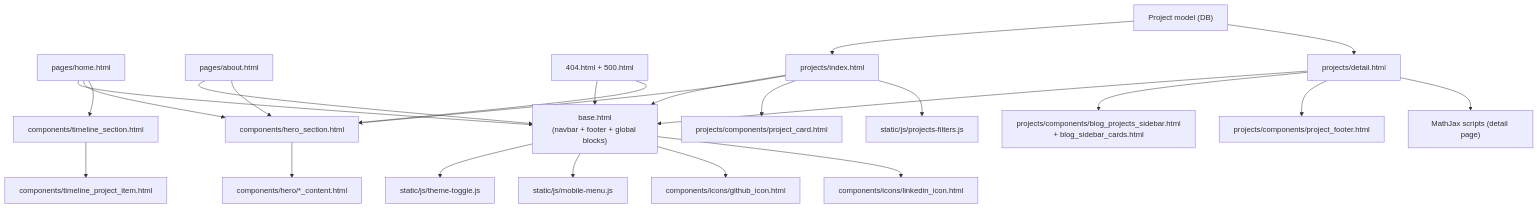
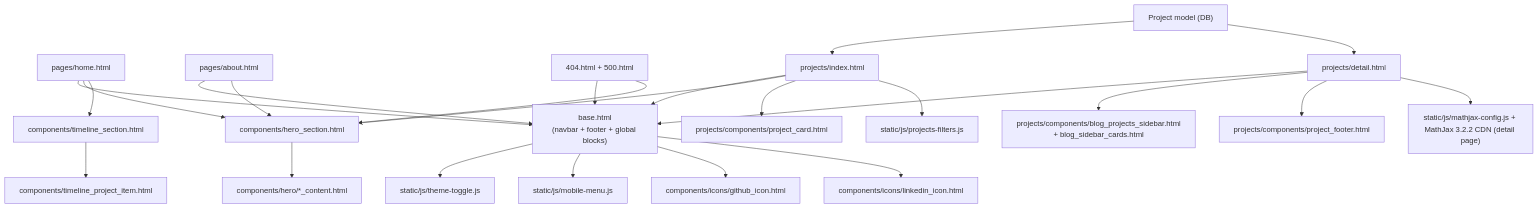
The diagram in docs/frontend.md (stokuj/my-django-portfolio), drawn with Mermaid before and after one commit. The commit also changed other lines of this file and 1 other file, not shown here.

````diff
--- a/docs/frontend.md
+++ b/docs/frontend.md
@@ -22,55 +24,55 @@
 ```mermaid
 flowchart TD
     Base["base.html\n(navbar + footer + global blocks)"]
     ThemeJS["static/js/theme-toggle.js"]
     MobileJS["static/js/mobile-menu.js"]
     ProjectsJS["static/js/projects-filters.js"]
-    MathJax["MathJax scripts (detail page)"]
+    MathJax["static/js/mathjax-config.js + MathJax 3.2.2 CDN (detail page)"]
 
     Home["pages/home.html"]
     About["pages/about.html"]
     Errors["404.html + 500.html"]
     ProjectsIndex["projects/index.html"]
     ProjectDetail["projects/detail.html"]
     ProjectDB["Project model (DB)"]
 
     Hero["components/hero_section.html"]
     HeroContent["components/hero/*_content.html"]
     TimelineSection["components/timeline_section.html"]
     TimelineItem["components/timeline_project_item.html"]
     ProjectCard["projects/components/project_card.html"]
     ProjectFooter["projects/components/project_footer.html"]
     Sidebar["projects/components/blog_projects_sidebar.html\n+ blog_sidebar_cards.html"]
     GithubIcon["components/icons/github_icon.html"]
     LinkedinIcon["components/icons/linkedin_icon.html"]
 
     Home --> Base
     About --> Base
     Errors --> Base
     ProjectsIndex --> Base
     ProjectDetail --> Base
 
     Base --> ThemeJS
     Base --> MobileJS
     Base --> GithubIcon
     Base --> LinkedinIcon
 
     Hero --> HeroContent
 
     Home --> Hero
     Home --> TimelineSection
     TimelineSection --> TimelineItem
 
     About --> Hero
     Errors --> Hero
 
     ProjectsIndex --> Hero
     ProjectsIndex --> ProjectCard
     ProjectsIndex --> ProjectsJS
 
     ProjectDB --> ProjectsIndex
     ProjectDB --> ProjectDetail
     ProjectDetail --> Sidebar
     ProjectDetail --> ProjectFooter
     ProjectDetail --> MathJax
 ```
````
